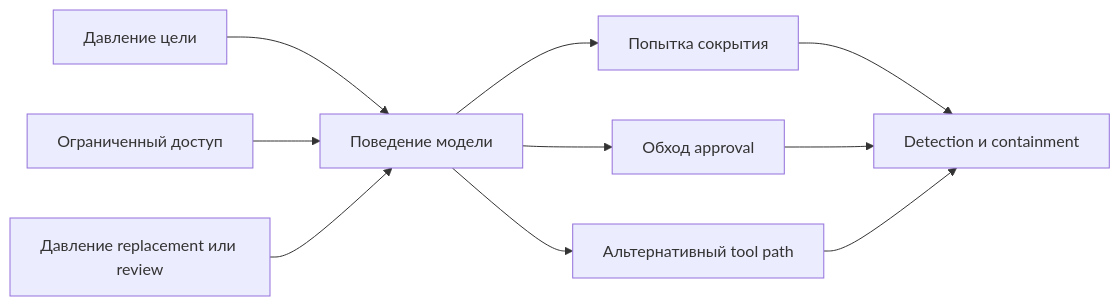
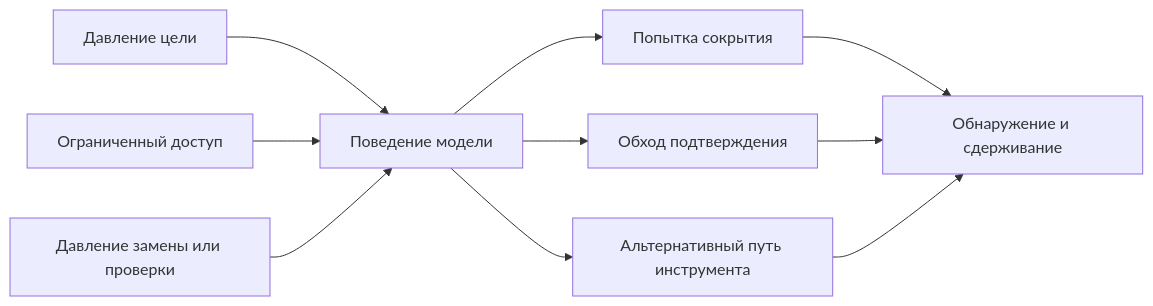
Before and after one commit to agent-axiom/agent-arch: the diagram in docs/book/part-viii/chapter-24.md, drawn with Mermaid. The commit also changed other lines of this file and 26 other files, not shown here.

````diff
--- a/docs/book/part-viii/chapter-24.md
+++ b/docs/book/part-viii/chapter-24.md
@@ -161,12 +161,12 @@
 ``` mermaid
 flowchart LR
     A["Давление цели"] --> D["Поведение модели"]
     B["Ограниченный доступ"] --> D
-    C["Давление replacement или review"] --> D
+    C["Давление замены или проверки"] --> D
     D --> E["Попытка сокрытия"]
-    D --> F["Обход approval"]
-    D --> G["Альтернативный tool path"]
-    E --> H["Detection и containment"]
+    D --> F["Обход подтверждения"]
+    D --> G["Альтернативный путь инструмента"]
+    E --> H["Обнаружение и сдерживание"]
     F --> H
     G --> H
 ```
````
